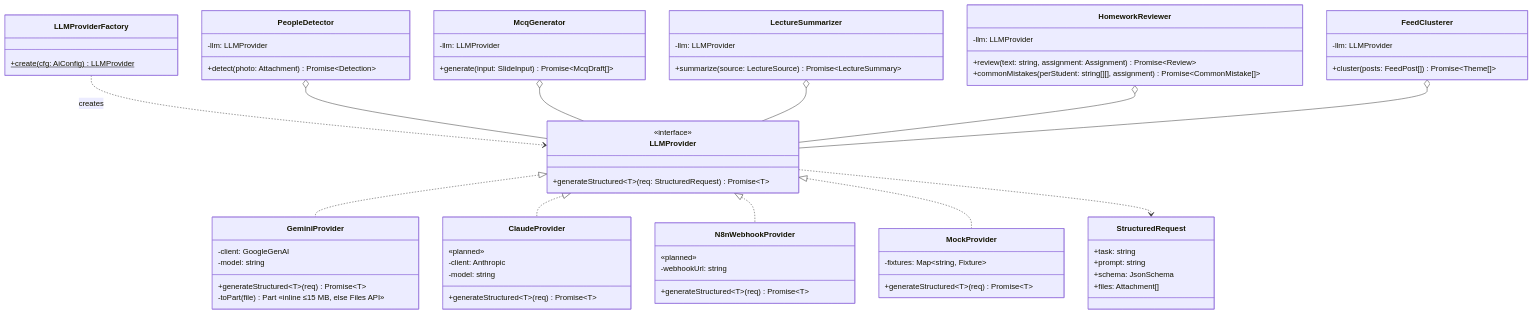
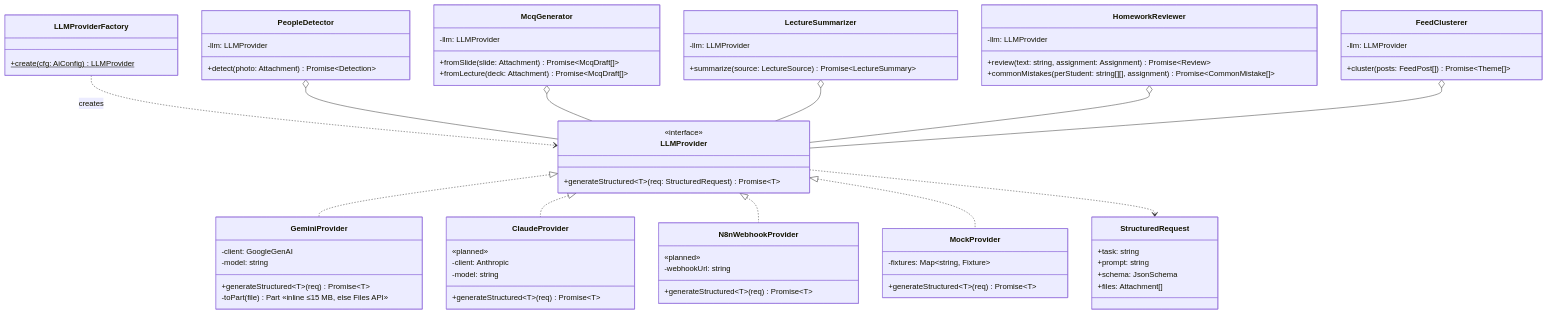
The second of 7 diagrams in docs/06-class-diagrams.md (GiladApel/classpulse), drawn with Mermaid before and after one commit. The commit also changed other lines of this file and 57 other files, not shown here.

First line of the commit message:
M8 + M9: lecture page, anonymous feedback, slide-only AI polls, practice from PDF

````diff
--- a/docs/06-class-diagrams.md
+++ b/docs/06-class-diagrams.md
@@ -151,71 +181,72 @@
 ```mermaid
 classDiagram
   direction TB
   class LLMProvider {
     <<interface>>
     +generateStructured~T~(req: StructuredRequest) Promise~T~
   }
   class GeminiProvider {
     -client: GoogleGenAI
     -model: string
     +generateStructured~T~(req) Promise~T~
     -toPart(file) Part «inline ≤15 MB, else Files API»
   }
   class ClaudeProvider {
     «planned»
     -client: Anthropic
     -model: string
     +generateStructured~T~(req) Promise~T~
   }
   class N8nWebhookProvider {
     «planned»
     -webhookUrl: string
     +generateStructured~T~(req) Promise~T~
   }
   class MockProvider {
     -fixtures: Map~string, Fixture~
     +generateStructured~T~(req) Promise~T~
   }
   class LLMProviderFactory {
     +create(cfg: AiConfig)$ LLMProvider
   }
   class StructuredRequest {
     +task: string
     +prompt: string
     +schema: JsonSchema
     +files: Attachment[]
   }
   class PeopleDetector {
     -llm: LLMProvider
     +detect(photo: Attachment) Promise~Detection~
   }
   class McqGenerator {
     -llm: LLMProvider
-    +generate(input: SlideInput) Promise~McqDraft[]~
+    +fromSlide(slide: Attachment) Promise~McqDraft[]~
+    +fromLecture(deck: Attachment) Promise~McqDraft[]~
   }
   class LectureSummarizer {
     -llm: LLMProvider
     +summarize(source: LectureSource) Promise~LectureSummary~
   }
   class HomeworkReviewer {
     -llm: LLMProvider
     +review(text: string, assignment: Assignment) Promise~Review~
     +commonMistakes(perStudent: string[][], assignment) Promise~CommonMistake[]~
   }
   class FeedClusterer {
     -llm: LLMProvider
     +cluster(posts: FeedPost[]) Promise~Theme[]~
   }
 
   LLMProvider <|.. GeminiProvider
   LLMProvider <|.. ClaudeProvider
   LLMProvider <|.. N8nWebhookProvider
   LLMProvider <|.. MockProvider
   LLMProviderFactory ..> LLMProvider : creates
   LLMProvider ..> StructuredRequest
   PeopleDetector o-- LLMProvider
   McqGenerator o-- LLMProvider
   LectureSummarizer o-- LLMProvider
   HomeworkReviewer o-- LLMProvider
   FeedClusterer o-- LLMProvider
 ```
````
